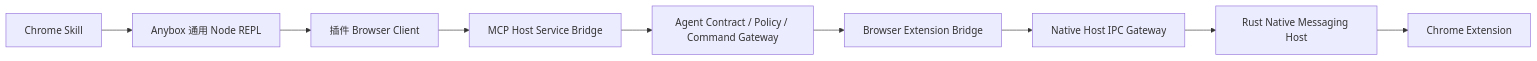
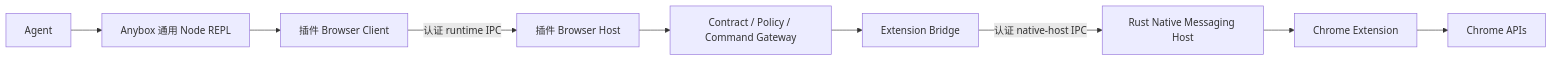
The diagram in packages/chrome-plugin/docs/runtime-chain/README.md (fanfan-de/anybox), drawn with Mermaid before and after one commit. The commit also changed other lines of this file and 86 other files, not shown here.

````diff
--- a/packages/chrome-plugin/docs/runtime-chain/README.md
+++ b/packages/chrome-plugin/docs/runtime-chain/README.md
@@ -5,11 +5,11 @@
 ```mermaid
 flowchart LR
-    S["Chrome Skill"] --> N["Anybox 通用 Node REPL"]
+    A["Agent"] --> N["Anybox 通用 Node REPL"]
     N --> C["插件 Browser Client"]
-    C --> H["MCP Host Service Bridge"]
-    H --> P["Agent Contract / Policy / Command Gateway"]
-    P --> B["Browser Extension Bridge"]
-    B --> G["Native Host IPC Gateway"]
-    G --> R["Rust Native Messaging Host"]
+    C -->|"认证 runtime IPC"| H["插件 Browser Host"]
+    H --> P["Contract / Policy / Command Gateway"]
+    P --> B["Extension Bridge"]
+    B -->|"认证 native-host IPC"| R["Rust Native Messaging Host"]
     R --> E["Chrome Extension"]
+    E --> X["Chrome APIs"]
 ```
````
